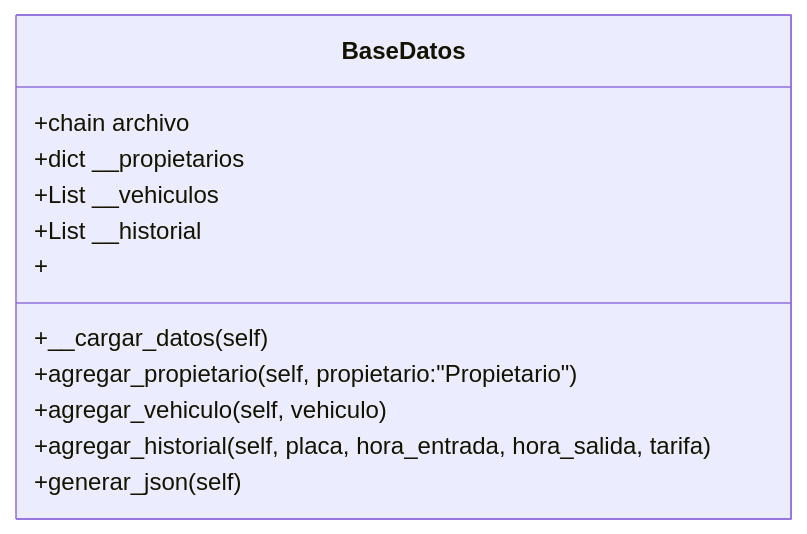
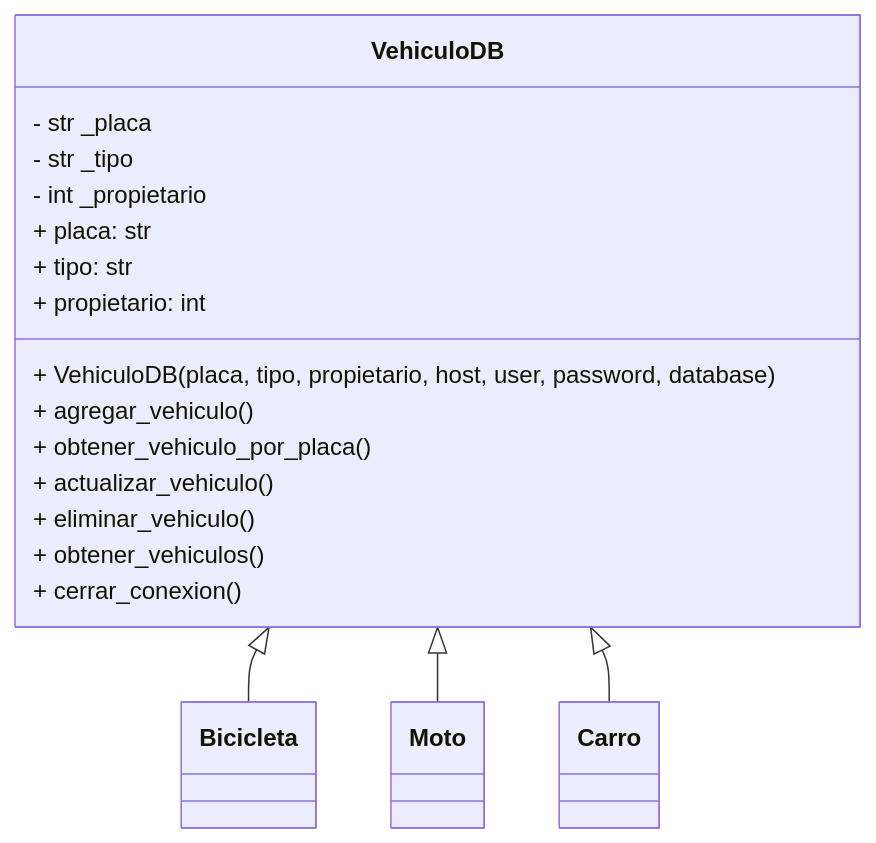
The third of 7 diagrams in README.md (Fabian0611/Project_POO), drawn with Mermaid before and after one commit. The commit also changed other lines of this file, not shown here.

````diff
--- a/README.md
+++ b/README.md
@@ -232,15 +190,23 @@
-```mermaid
+``` mermaid
 classDiagram
-    class BaseDatos{
-        +chain archivo
-        +dict __propietarios
-        +List __vehiculos
-        +List __historial
-        +
-        +__cargar_datos(self)
-        +agregar_propietario(self, propietario:"Propietario")
-        +agregar_vehiculo(self, vehiculo)
-        +agregar_historial(self, placa, hora_entrada, hora_salida, tarifa)
-        +generar_json(self)
-}
+class VehiculoDB {
+        - str _placa
+        - str _tipo
+        - int _propietario
+        + VehiculoDB(placa, tipo, propietario, host, user, password, database)
+        + placa: str
+        + tipo: str
+        + propietario: int
+        + agregar_vehiculo()
+        + obtener_vehiculo_por_placa()
+        + actualizar_vehiculo()
+        + eliminar_vehiculo()
+        + obtener_vehiculos()
+        + cerrar_conexion()
+    }
+
+
+    VehiculoDB  <|-- Bicicleta
+    VehiculoDB <|-- Moto
+    VehiculoDB <|-- Carro
 ```
````
